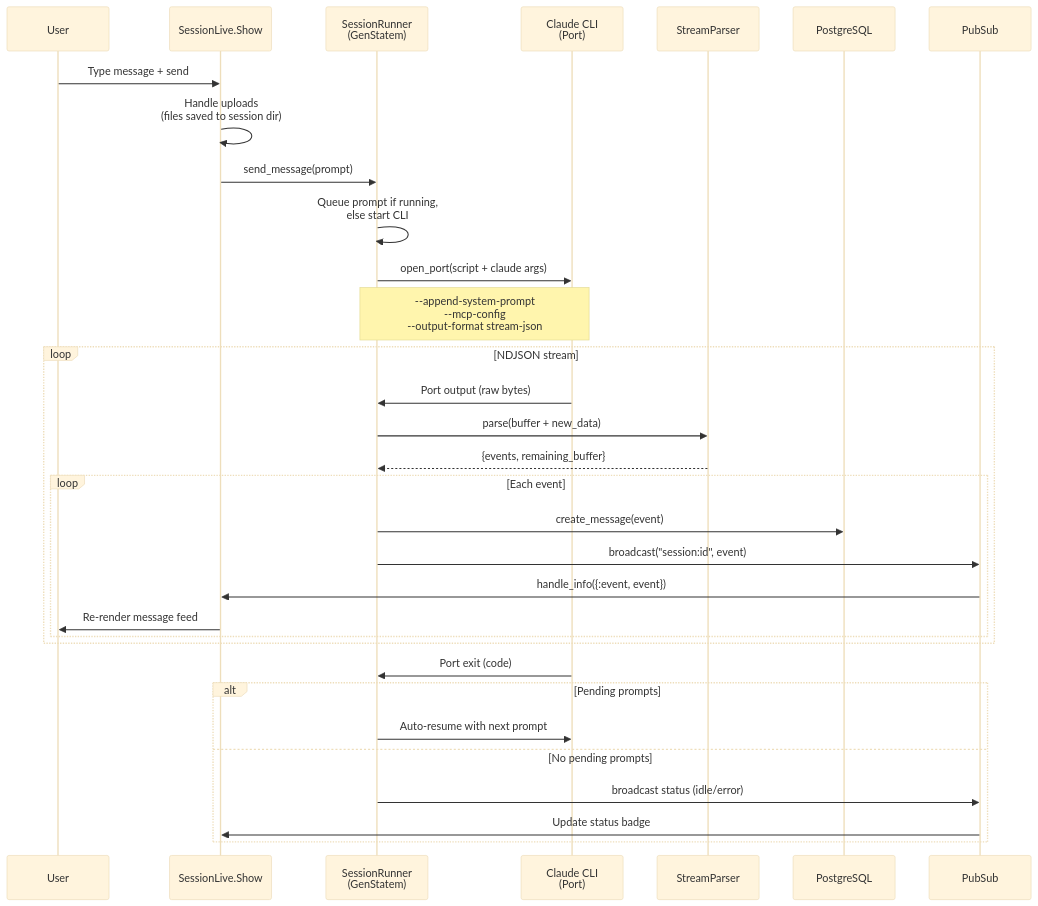
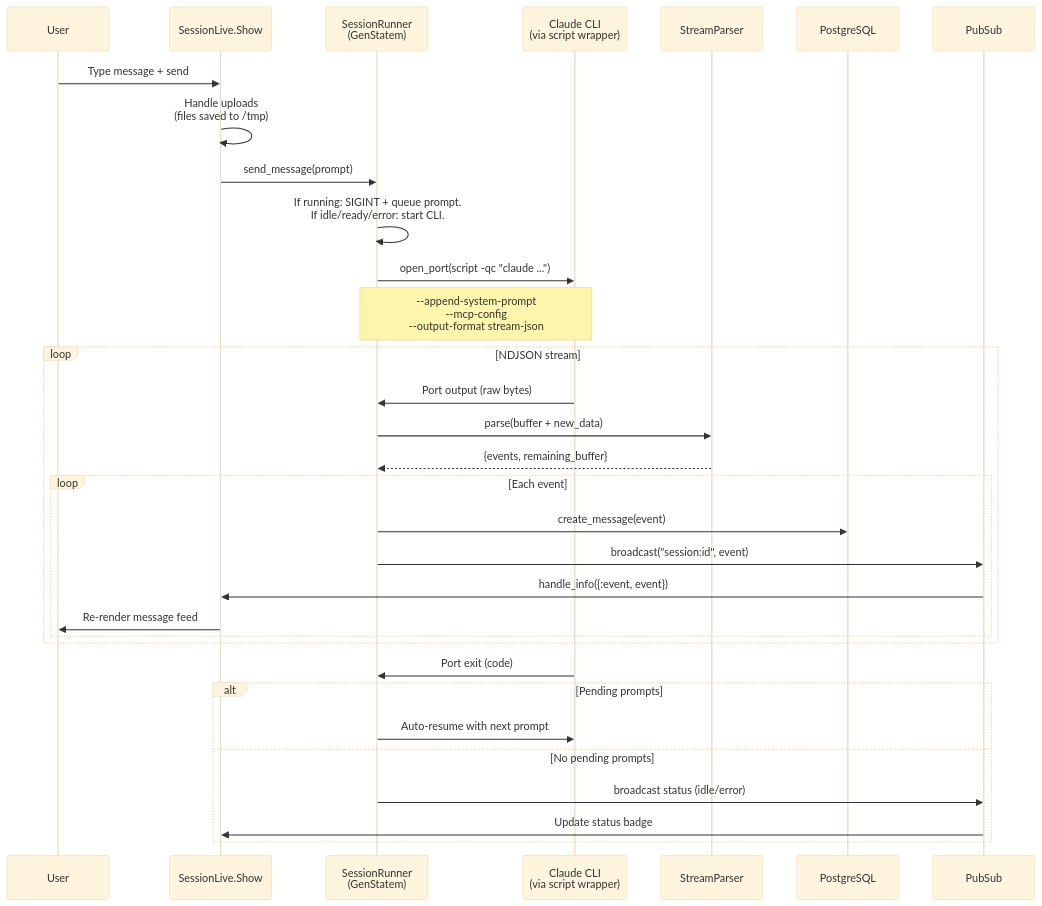
Before and after one commit to zingbretsen/orca_hub: the first of 2 diagrams in .context/message-flow.md, drawn with Mermaid (base theme). The commit also changed other lines of this file and 5 other files, not shown here.

First line of the commit message:
Fix inaccuracies in .context/ mermaid diagrams

````diff
--- a/.context/message-flow.md
+++ b/.context/message-flow.md
@@ -5,39 +5,39 @@
 ```mermaid
 sequenceDiagram
     participant User
     participant LiveView as SessionLive.Show
     participant Runner as SessionRunner<br>(GenStatem)
-    participant CLI as Claude CLI<br>(Port)
+    participant CLI as Claude CLI<br>(via script wrapper)
     participant Parser as StreamParser
     participant DB as PostgreSQL
     participant PubSub
 
     User->>LiveView: Type message + send
-    LiveView->>LiveView: Handle uploads<br>(files saved to session dir)
+    LiveView->>LiveView: Handle uploads<br>(files saved to /tmp)
     LiveView->>Runner: send_message(prompt)
-    Runner->>Runner: Queue prompt if running,<br>else start CLI
+    Runner->>Runner: If running: SIGINT + queue prompt.<br>If idle/ready/error: start CLI.
 
-    Runner->>CLI: open_port(script + claude args)
+    Runner->>CLI: open_port(script -qc "claude ...")
     Note over Runner,CLI: --append-system-prompt<br>--mcp-config<br>--output-format stream-json
 
     loop NDJSON stream
         CLI->>Runner: Port output (raw bytes)
         Runner->>Parser: parse(buffer + new_data)
         Parser-->>Runner: {events, remaining_buffer}
 
         loop Each event
             Runner->>DB: create_message(event)
             Runner->>PubSub: broadcast("session:id", event)
             PubSub->>LiveView: handle_info({:event, event})
             LiveView->>User: Re-render message feed
         end
     end
 
     CLI->>Runner: Port exit (code)
     alt Pending prompts
         Runner->>CLI: Auto-resume with next prompt
     else No pending prompts
         Runner->>PubSub: broadcast status (idle/error)
         PubSub->>LiveView: Update status badge
     end
 ```
````
